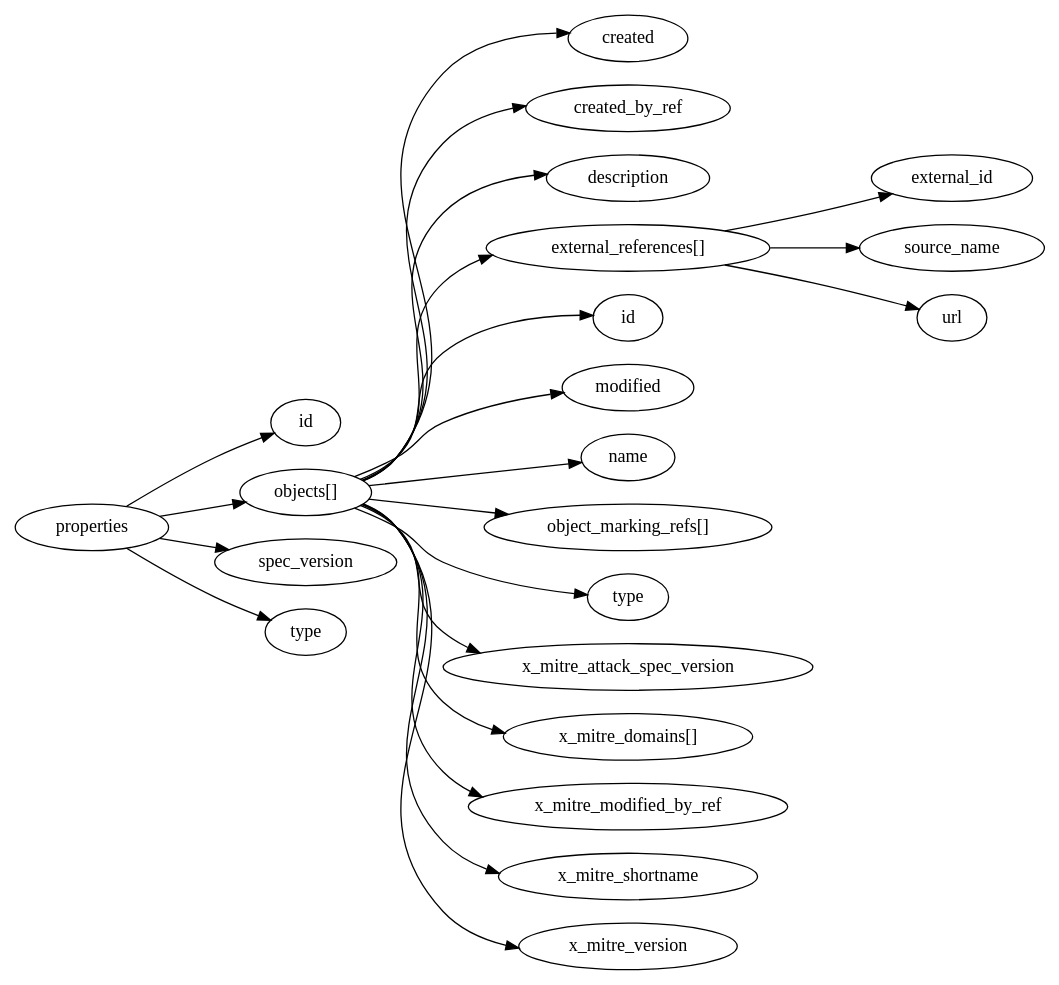
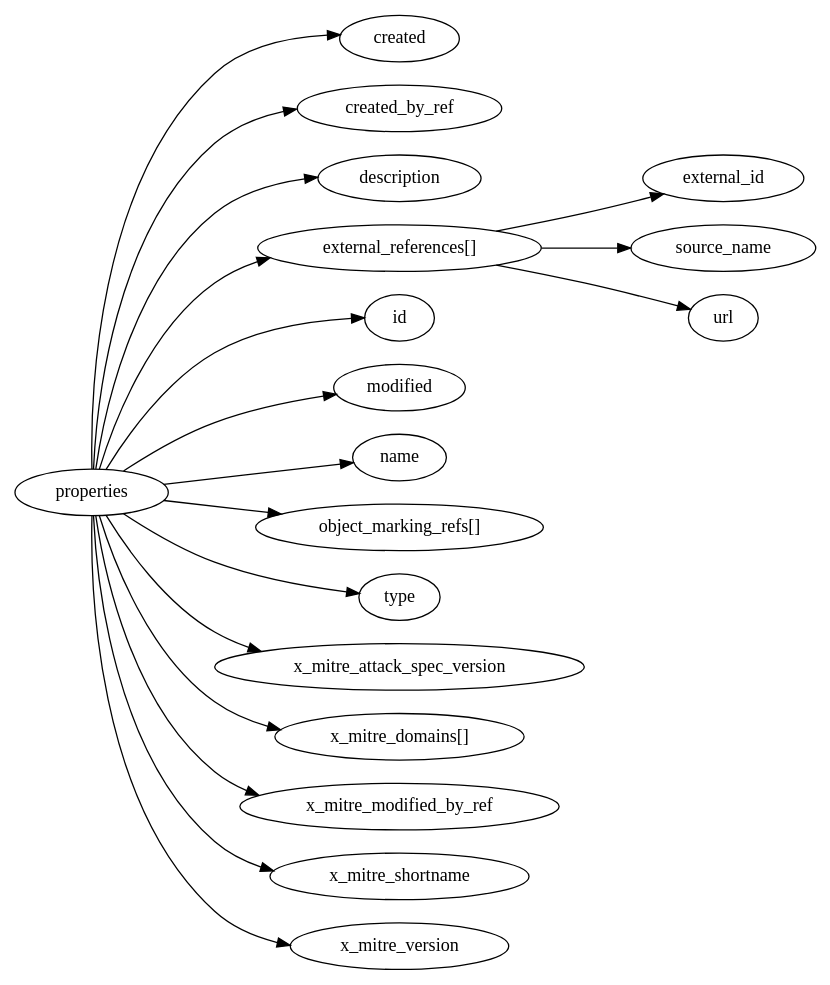
One commit to whitfieldsdad/json-kit changed the diagram in resources/example-data/json/stix2/mitre-attack/dot/x-mitre-tactic.dot. Above: the diagram before and after it, drawn with Graphviz. The commit also changed 68 other files, not shown here.

```diff
--- a/resources/example-data/json/stix2/mitre-attack/dot/x-mitre-tactic.dot
+++ b/resources/example-data/json/stix2/mitre-attack/dot/x-mitre-tactic.dot
@@ -1,45 +1,37 @@
 digraph {
     graph [rankdir=LR]
+    "created" [label="created"]
+    "created_by_ref" [label="created_by_ref"]
+    "description" [label="description"]
+    "external_references" [label="external_references[]"]
+    "external_references.external_id" [label="external_id"]
+    "external_references.source_name" [label="source_name"]
+    "external_references.url" [label="url"]
     "id" [label="id"]
-    "objects" [label="objects[]"]
-    "objects.created" [label="created"]
-    "objects.created_by_ref" [label="created_by_ref"]
-    "objects.description" [label="description"]
-    "objects.external_references" [label="external_references[]"]
-    "objects.external_references.external_id" [label="external_id"]
-    "objects.external_references.source_name" [label="source_name"]
-    "objects.external_references.url" [label="url"]
-    "objects.id" [label="id"]
-    "objects.modified" [label="modified"]
-    "objects.name" [label="name"]
-    "objects.object_marking_refs" [label="object_marking_refs[]"]
-    "objects.type" [label="type"]
-    "objects.x_mitre_attack_spec_version" [label="x_mitre_attack_spec_version"]
-    "objects.x_mitre_domains" [label="x_mitre_domains[]"]
-    "objects.x_mitre_modified_by_ref" [label="x_mitre_modified_by_ref"]
-    "objects.x_mitre_shortname" [label="x_mitre_shortname"]
-    "objects.x_mitre_version" [label="x_mitre_version"]
-    "spec_version" [label="spec_version"]
+    "modified" [label="modified"]
+    "name" [label="name"]
+    "object_marking_refs" [label="object_marking_refs[]"]
     "type" [label="type"]
+    "x_mitre_attack_spec_version" [label="x_mitre_attack_spec_version"]
+    "x_mitre_domains" [label="x_mitre_domains[]"]
+    "x_mitre_modified_by_ref" [label="x_mitre_modified_by_ref"]
+    "x_mitre_shortname" [label="x_mitre_shortname"]
+    "x_mitre_version" [label="x_mitre_version"]
+    "properties" -> "x_mitre_domains"
+    "properties" -> "object_marking_refs"
+    "properties" -> "id"
     "properties" -> "type"
-    "properties" -> "id"
-    "properties" -> "spec_version"
-    "properties" -> "objects"
-    "objects" -> "objects.x_mitre_domains"
-    "objects" -> "objects.object_marking_refs"
-    "objects" -> "objects.id"
-    "objects" -> "objects.type"
-    "objects" -> "objects.created"
-    "objects" -> "objects.created_by_ref"
-    "objects" -> "objects.external_references"
-    "objects" -> "objects.modified"
-    "objects" -> "objects.name"
-    "objects" -> "objects.description"
-    "objects" -> "objects.x_mitre_version"
-    "objects" -> "objects.x_mitre_attack_spec_version"
-    "objects" -> "objects.x_mitre_modified_by_ref"
-    "objects" -> "objects.x_mitre_shortname"
-    "objects.external_references" -> "objects.external_references.external_id"
-    "objects.external_references" -> "objects.external_references.url"
-    "objects.external_references" -> "objects.external_references.source_name"
+    "properties" -> "created"
+    "properties" -> "created_by_ref"
+    "properties" -> "external_references"
+    "properties" -> "modified"
+    "properties" -> "name"
+    "properties" -> "description"
+    "properties" -> "x_mitre_version"
+    "properties" -> "x_mitre_attack_spec_version"
+    "properties" -> "x_mitre_modified_by_ref"
+    "properties" -> "x_mitre_shortname"
+    "external_references" -> "external_references.external_id"
+    "external_references" -> "external_references.url"
+    "external_references" -> "external_references.source_name"
 }
```
